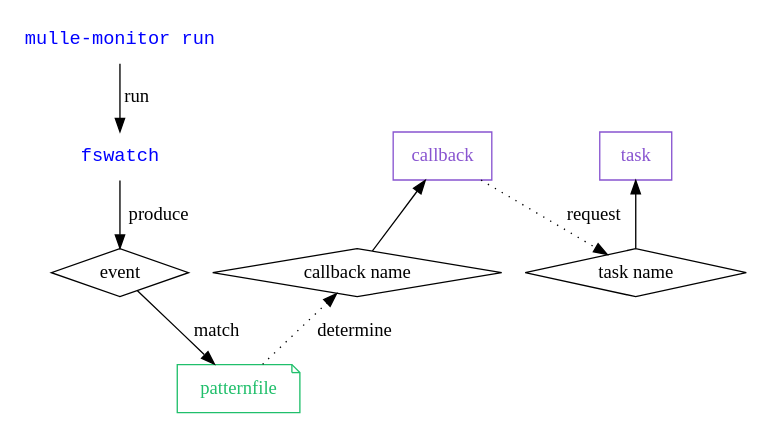
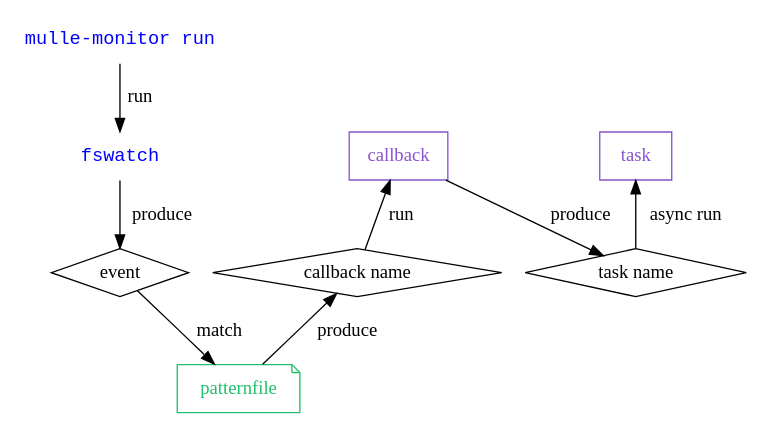
The diagram in dox/mulle-monitor-run.dot (mulle-sde/mulle-match), drawn with Graphviz before and after one commit. The commit also changed 12 other files, not shown here.

Commit message:
* add clean command * change task plugin function to _task_run to avoid conflits with internal functions * add -s -p flags for more control * add some job control commands to task fix bugs

```diff
--- a/dox/mulle-monitor-run.dot
+++ b/dox/mulle-monitor-run.dot
@@ -1,26 +1,26 @@
 digraph G {
     graph [rankdir = TD];
 
     { rank="same"; "mulle-monitor run" }
     { rank="same"; "event", "task name", "callback name" }
     { rank="same"; "fswatch", "callback", "task" }
     { rank="same"; "patternfile" }
 
     "mulle-monitor run"   [ shape="none", fontcolor="blue", fontname="monospace"]
     "fswatch"     [ shape="none", fontcolor="blue", fontname="monospace"]
 
-    "mulle-monitor run" -> "fswatch" [ label="run" ]
-    "fswatch"   -> event             [ label="produce" ]
-    event -> "patternfile"                 [ label="match" ]
-    "callback name" -> "callback"        [ label="" ]
-    "task name"  -> "task"               [ label="" ]
-    patternfile -> "callback name"       [ label="determine", style="dotted"]
-    callback -> "task name"              [ label="request", style="dotted" ]
+    "mulle-monitor run" -> "fswatch"     [ label=" run" ]
+    "fswatch"   -> event                 [ label=" produce" ]
+    event -> "patternfile"               [ label=" match" ]
+    "callback name" -> "callback"        [ label=" run" ]
+    "task name"  -> "task"               [ label=" async run" ]
+    patternfile -> "callback name"       [ label=" produce"]
+    callback -> "task name"              [ label=" produce" ]
 
     event [ shape="diamond"]
     "callback name" [ shape="diamond"]
     "task name" [ shape="diamond"]
     patternfile [ shape="note", color="#20bf6b", fontcolor="#20bf6b" ]
     callback [ shape="record", color="#8854d0", fontcolor="#8854d0" ]
     task [ shape="record", color="#8854d0", fontcolor="#8854d0"]
 }
```
